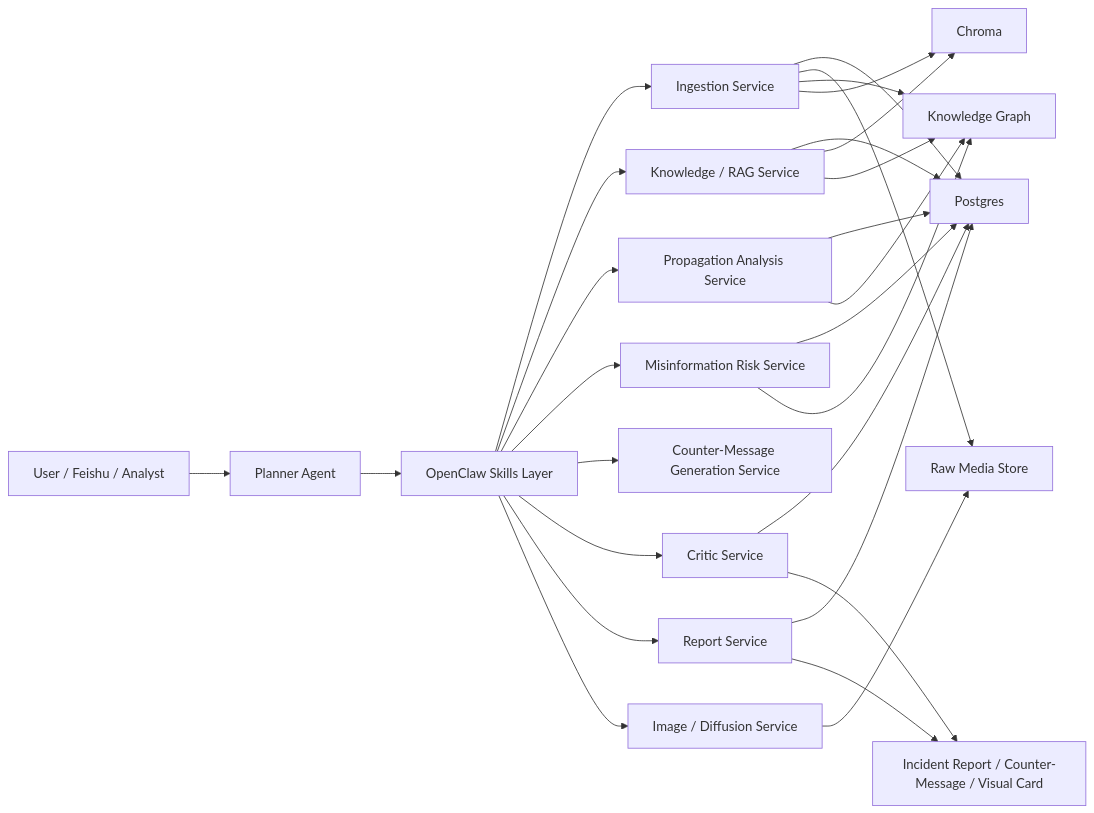
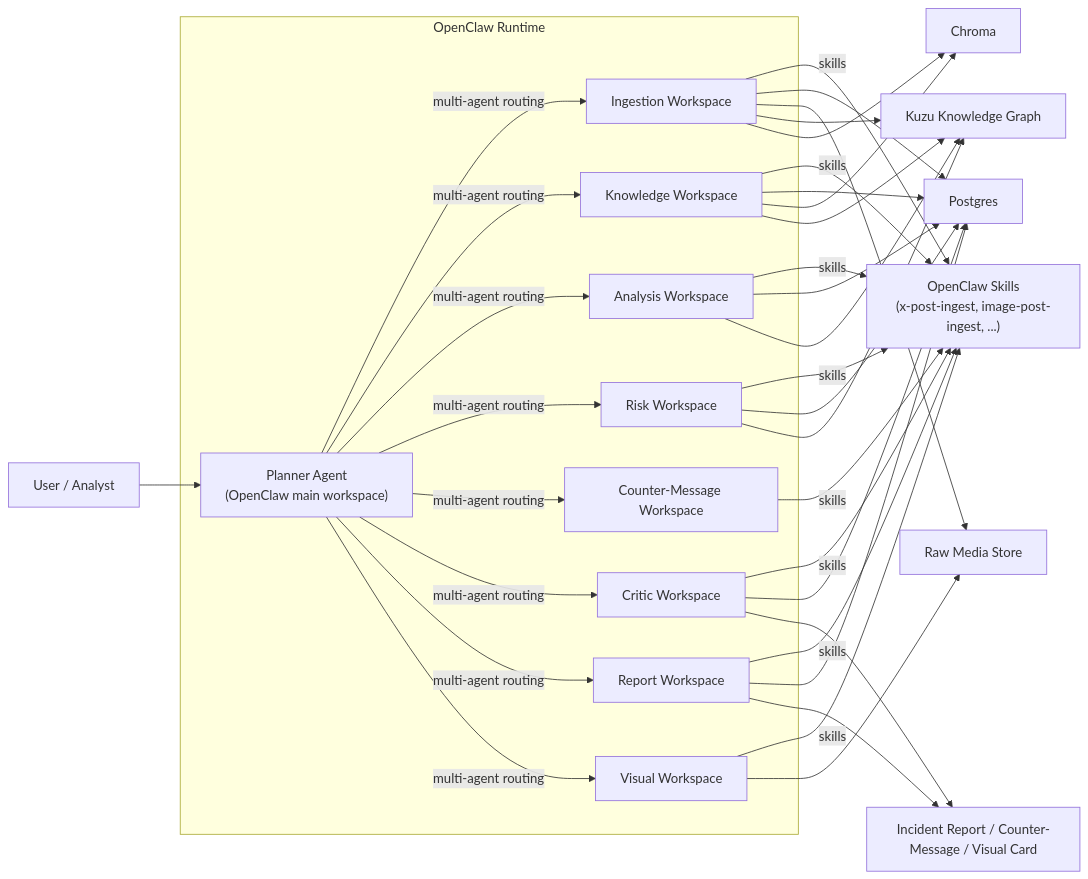
The first of 3 diagrams in society-multimodal-project-plan.md (yuchangyuan1/society-analysis-system), drawn with Mermaid before and after one commit. The commit also changed other lines of this file, not shown here.

````diff
--- a/society-multimodal-project-plan.md
+++ b/society-multimodal-project-plan.md
@@ -60,35 +74,46 @@
 ```mermaid
 flowchart LR
-    U["User / Feishu / Analyst"] --> P["Planner Agent"]
-    P --> S["OpenClaw Skills Layer"]
-    S --> I["Ingestion Service"]
-    S --> K["Knowledge / RAG Service"]
-    S --> A["Propagation Analysis Service"]
-    S --> R["Misinformation Risk Service"]
-    S --> G["Counter-Message Generation Service"]
-    S --> C["Critic Service"]
-    S --> RP["Report Service"]
-    S --> V["Image / Diffusion Service"]
+    U["User / Analyst"] --> P["Planner Agent\n(OpenClaw main workspace)"]
 
-    I --> PG["Postgres"]
-    I --> FS["Raw Media Store"]
-    I --> KG["Knowledge Graph"]
-    I --> CH["Chroma"]
+    subgraph OC["OpenClaw Runtime"]
+        P -->|multi-agent routing| WI["Ingestion Workspace"]
+        P -->|multi-agent routing| WK["Knowledge Workspace"]
+        P -->|multi-agent routing| WA["Analysis Workspace"]
+        P -->|multi-agent routing| WR["Risk Workspace"]
+        P -->|multi-agent routing| WG["Counter-Message Workspace"]
+        P -->|multi-agent routing| WC["Critic Workspace"]
+        P -->|multi-agent routing| WRP["Report Workspace"]
+        P -->|multi-agent routing| WV["Visual Workspace"]
+    end
 
-    K --> PG
-    K --> CH
-    K --> KG
+    WI -->|skills| SK["OpenClaw Skills\n(x-post-ingest, image-post-ingest, ...)"]
+    WK -->|skills| SK
+    WA -->|skills| SK
+    WR -->|skills| SK
+    WG -->|skills| SK
+    WC -->|skills| SK
+    WRP -->|skills| SK
+    WV -->|skills| SK
 
-    A --> PG
-    A --> KG
+    WI --> PG["Postgres"]
+    WI --> FS["Raw Media Store"]
+    WI --> KG["Kuzu Knowledge Graph"]
+    WI --> CH["Chroma"]
 
-    R --> PG
-    R --> KG
+    WK --> PG
+    WK --> CH
+    WK --> KG
 
-    RP --> PG
-    C --> PG
-    V --> FS
+    WA --> PG
+    WA --> KG
 
-    RP --> OUT["Incident Report / Counter-Message / Visual Card"]
-    C --> OUT
+    WR --> PG
+    WR --> KG
+
+    WRP --> PG
+    WC --> PG
+    WV --> FS
+
+    WRP --> OUT["Incident Report / Counter-Message / Visual Card"]
+    WC --> OUT
 ```
````
